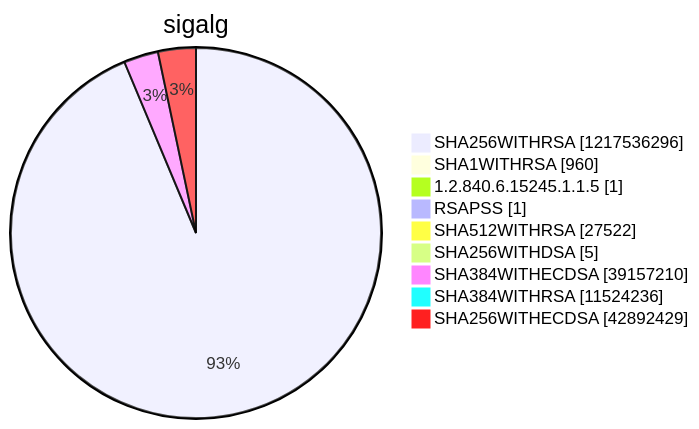
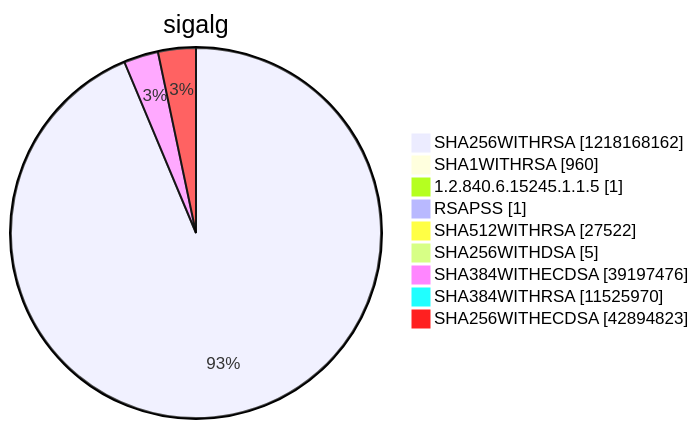
Before and after one commit to christiankrug/ctmonitor_visualization: diagram 15 of 15 in argon2022/README.md, drawn with Mermaid. The commit also changed other lines of this file, not shown here.

````diff
--- a/argon2022/README.md
+++ b/argon2022/README.md
@@ -5521,13 +5521,13 @@
 ```mermaid
 pie showData
 title sigalg
-"SHA256WITHRSA" :1217536296
+"SHA256WITHRSA" :1218168162
 "SHA1WITHRSA" :960
 "1.2.840.6.15245.1.1.5" :1
 "RSAPSS" :1
 "SHA512WITHRSA" :27522
 "SHA256WITHDSA" :5
-"SHA384WITHECDSA" :39157210
-"SHA384WITHRSA" :11524236
-"SHA256WITHECDSA" :42892429
+"SHA384WITHECDSA" :39197476
+"SHA384WITHRSA" :11525970
+"SHA256WITHECDSA" :42894823
 ```
````
